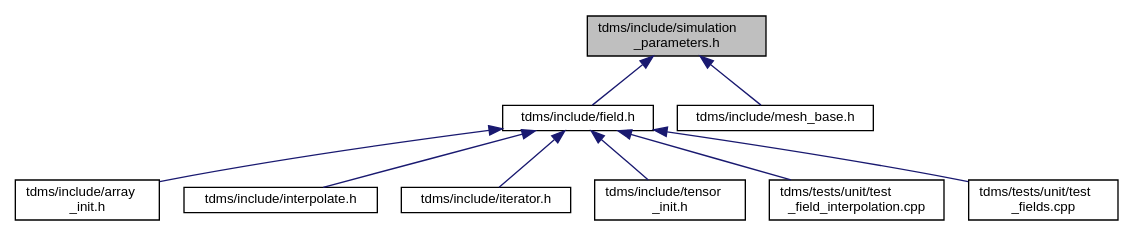
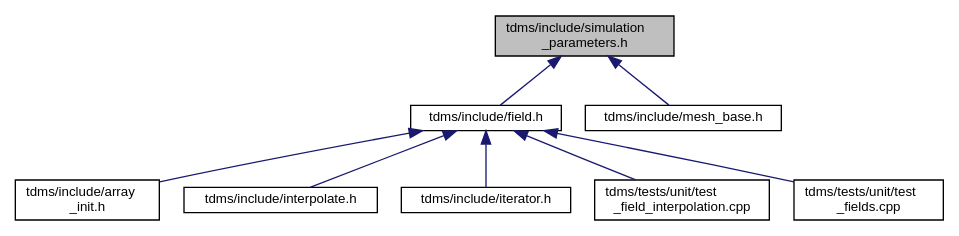
Before and after one commit to UCL/TDMS: the diagram in simulation__parameters_8h__dep__incl.dot, drawn with Graphviz. The commit also changed 74 other files, not shown here.

```diff
--- a/simulation__parameters_8h__dep__incl.dot
+++ b/simulation__parameters_8h__dep__incl.dot
@@ -1,23 +1,21 @@
 digraph "tdms/include/simulation_parameters.h"
 {
  // LATEX_PDF_SIZE
   edge [fontname="Helvetica",fontsize="10",labelfontname="Helvetica",labelfontsize="10"];
   node [fontname="Helvetica",fontsize="10",shape=record];
   Node1 [label="tdms/include/simulation\l_parameters.h",height=0.2,width=0.4,color="black", fillcolor="grey75", style="filled", fontcolor="black",tooltip="Classes collecting parameters for the simulation."];
   Node1 -> Node2 [dir="back",color="midnightblue",fontsize="10",style="solid",fontname="Helvetica"];
   Node2 [label="tdms/include/field.h",height=0.2,width=0.4,color="black", fillcolor="white", style="filled",URL="$field_8h.html",tooltip="Classes for the electric and magnetic (split) fields on a grid."];
   Node2 -> Node3 [dir="back",color="midnightblue",fontsize="10",style="solid",fontname="Helvetica"];
   Node3 [label="tdms/include/array\l_init.h",height=0.2,width=0.4,color="black", fillcolor="white", style="filled",URL="$array__init_8h.html",tooltip="A collection of functions for array initialisation given MATLAB pointers."];
   Node2 -> Node4 [dir="back",color="midnightblue",fontsize="10",style="solid",fontname="Helvetica"];
   Node4 [label="tdms/include/interpolate.h",height=0.2,width=0.4,color="black", fillcolor="white", style="filled",URL="$interpolate_8h.html",tooltip="Interpolation of field values within FDTD grid."];
   Node2 -> Node5 [dir="back",color="midnightblue",fontsize="10",style="solid",fontname="Helvetica"];
   Node5 [label="tdms/include/iterator.h",height=0.2,width=0.4,color="black", fillcolor="white", style="filled",URL="$iterator_8h.html",tooltip="The main time propogation algorithm."];
   Node2 -> Node6 [dir="back",color="midnightblue",fontsize="10",style="solid",fontname="Helvetica"];
-  Node6 [label="tdms/include/tensor\l_init.h",height=0.2,width=0.4,color="black", fillcolor="white", style="filled",URL="$tensor__init_8h_source.html",tooltip=" "];
+  Node6 [label="tdms/tests/unit/test\l_field_interpolation.cpp",height=0.2,width=0.4,color="black", fillcolor="white", style="filled",URL="$test__field__interpolation_8cpp.html",tooltip="Tests interpolation of E- and H-fields and compares the errors against MATLAB benchmarks."];
   Node2 -> Node7 [dir="back",color="midnightblue",fontsize="10",style="solid",fontname="Helvetica"];
-  Node7 [label="tdms/tests/unit/test\l_field_interpolation.cpp",height=0.2,width=0.4,color="black", fillcolor="white", style="filled",URL="$test__field__interpolation_8cpp.html",tooltip="Tests interpolation of E- and H-fields and compares the errors against MATLAB benchmarks."];
-  Node2 -> Node8 [dir="back",color="midnightblue",fontsize="10",style="solid",fontname="Helvetica"];
-  Node8 [label="tdms/tests/unit/test\l_fields.cpp",height=0.2,width=0.4,color="black", fillcolor="white", style="filled",URL="$test__fields_8cpp.html",tooltip="Test of the Field class and subclasses."];
-  Node1 -> Node9 [dir="back",color="midnightblue",fontsize="10",style="solid",fontname="Helvetica"];
-  Node9 [label="tdms/include/mesh_base.h",height=0.2,width=0.4,color="black", fillcolor="white", style="filled",URL="$mesh__base_8h.html",tooltip="TODO: what are these functions?"];
+  Node7 [label="tdms/tests/unit/test\l_fields.cpp",height=0.2,width=0.4,color="black", fillcolor="white", style="filled",URL="$test__fields_8cpp.html",tooltip="Test of the Field class and subclasses."];
+  Node1 -> Node8 [dir="back",color="midnightblue",fontsize="10",style="solid",fontname="Helvetica"];
+  Node8 [label="tdms/include/mesh_base.h",height=0.2,width=0.4,color="black", fillcolor="white", style="filled",URL="$mesh__base_8h.html",tooltip="TODO: what are these functions?"];
 }
```
